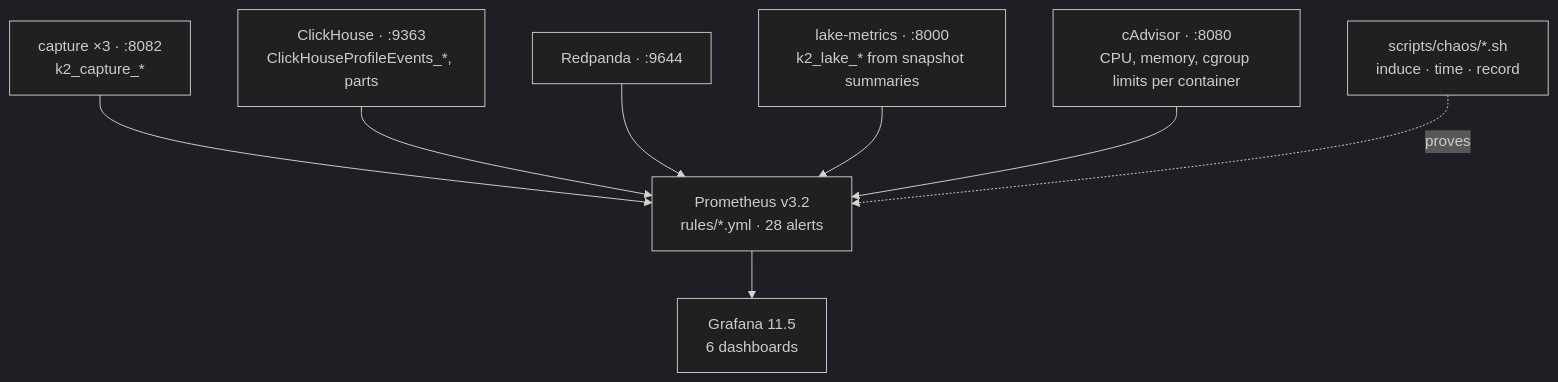
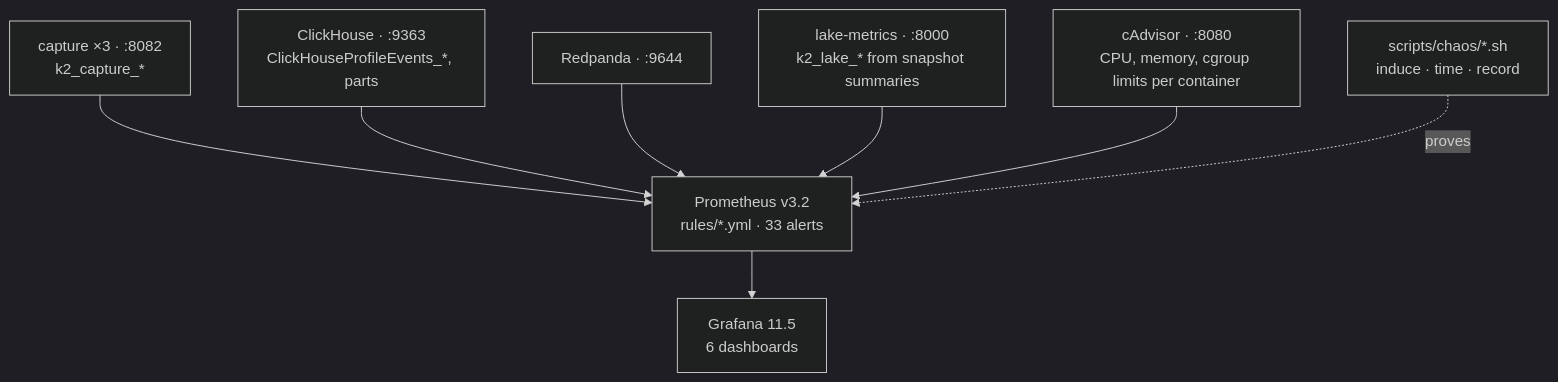
One commit to rjdscott/k2-market-data-platform changed the diagram in docs/architecture/11-observability.md. Above: the diagram before and after it, drawn with Mermaid (dark theme). The commit also changed other lines of this file and 16 other files, not shown here.

````diff
--- a/docs/architecture/11-observability.md
+++ b/docs/architecture/11-observability.md
@@ -54,13 +54,13 @@
 ```mermaid
 flowchart TB
   C["capture ×3 · :8082<br/>k2_capture_*"]
   H["ClickHouse · :9363<br/>ClickHouseProfileEvents_*, parts"]
   R["Redpanda · :9644"]
   L["lake-metrics · :8000<br/>k2_lake_* from snapshot summaries"]
   A["cAdvisor · :8080<br/>CPU, memory, cgroup limits per container"]
-  P["Prometheus v3.2<br/>rules/*.yml · 28 alerts"]
+  P["Prometheus v3.2<br/>rules/*.yml · 33 alerts"]
   G["Grafana 11.5<br/>6 dashboards"]
   X["scripts/chaos/*.sh<br/>induce · time · record"]
   C & H & R & L & A --> P --> G
   X -.->|"proves"| P
 ```
````
